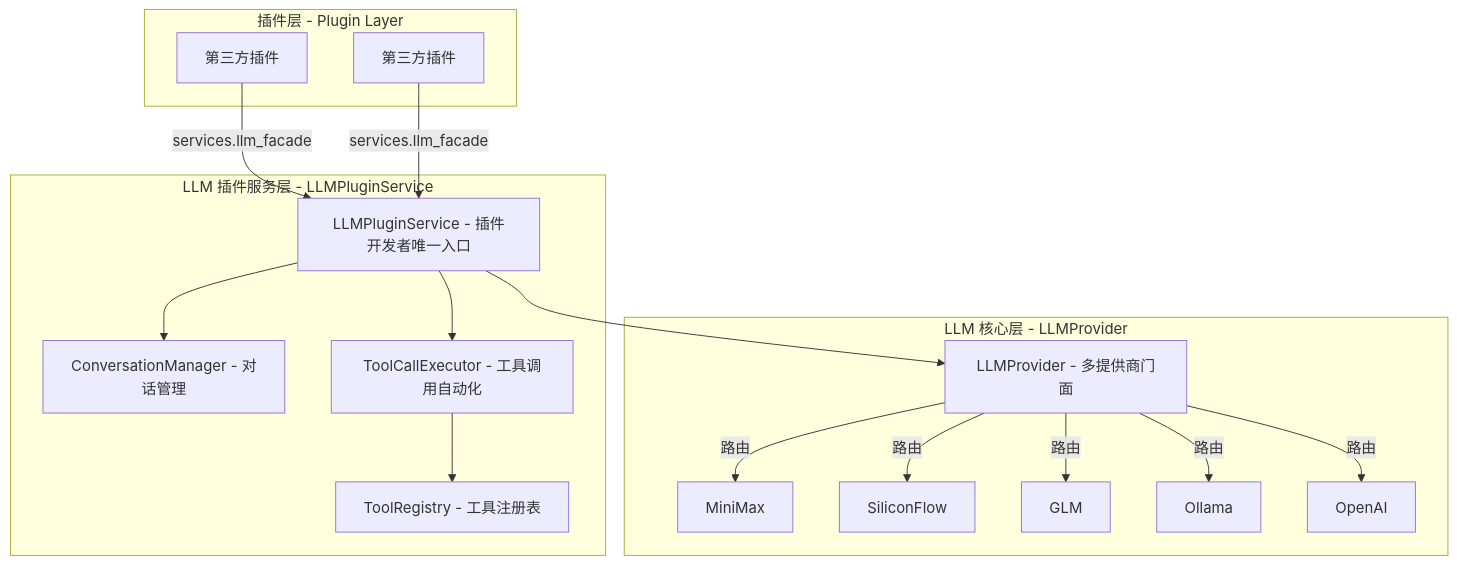
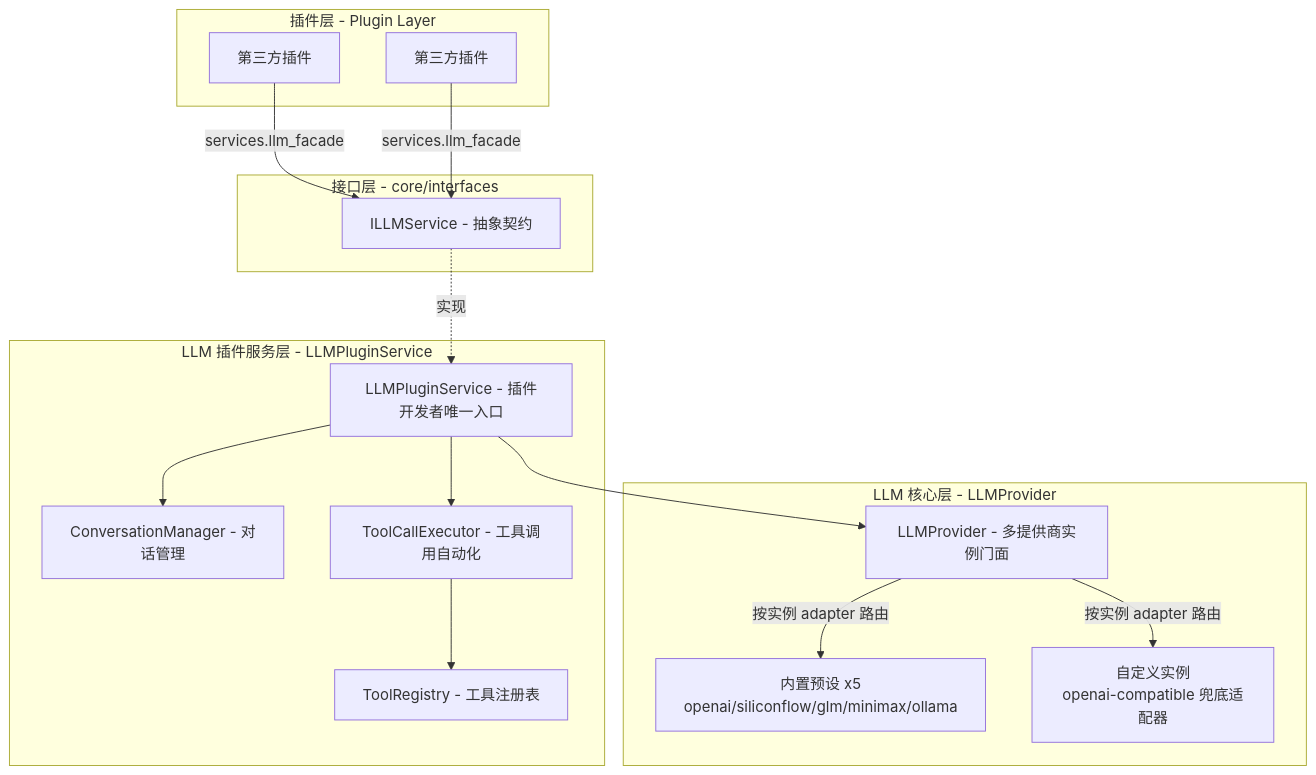
The first of 4 diagrams in docs/plugins/llm-integration-guide.md (KKPIP-Tech/InstructionX), drawn with Mermaid before and after one commit. The commit also changed other lines of this file and 12 other files, not shown here.

Commit message:
docs: 同步 LLM Provider v2 架构文档与 AGENTS.md：预设目录/实例化/适配器注册表/配置 schema v2/ILLMService 接口/UI 新包结构，清理 ILLMFacade 与旧文件残留引用

````diff
--- a/docs/plugins/llm-integration-guide.md
+++ b/docs/plugins/llm-integration-guide.md
@@ -10,29 +11,31 @@
 ```mermaid
 graph TB
     subgraph PluginLayer [插件层 - Plugin Layer]
         P1[第三方插件]
         P2[第三方插件]
+    end
+
+    subgraph InterfaceLayer [接口层 - core/interfaces]
+        ILS[ILLMService - 抽象契约]
     end
 
     subgraph PluginServiceLayer [LLM 插件服务层 - LLMPluginService]
         LPS[LLMPluginService - 插件开发者唯一入口]
         CM[ConversationManager - 对话管理]
         TCE[ToolCallExecutor - 工具调用自动化]
         TR[ToolRegistry - 工具注册表]
     end
 
     subgraph LLMCoreLayer [LLM 核心层 - LLMProvider]
-        LP[LLMProvider - 多提供商门面]
-        MiniMax[MiniMax]
-        SiliconFlow[SiliconFlow]
-        GLM[GLM]
-        Ollama[Ollama]
-        OpenAI[OpenAI]
+        LP[LLMProvider - 多提供商实例门面]
+        Presets[内置预设 x5<br/>openai/siliconflow/glm/minimax/ollama]
+        Custom[自定义实例<br/>openai-compatible 兜底适配器]
     end
 
-    P1 & P2 -->|services.llm_facade| LPS
+    P1 & P2 -->|services.llm_facade| ILS
+    ILS -.实现.-> LPS
     LPS --> CM & TCE
     TCE --> TR
     LPS --> LP
-    LP -->|路由| MiniMax & SiliconFlow & GLM & Ollama & OpenAI
+    LP -->|按实例 adapter 路由| Presets & Custom
 ```
````
